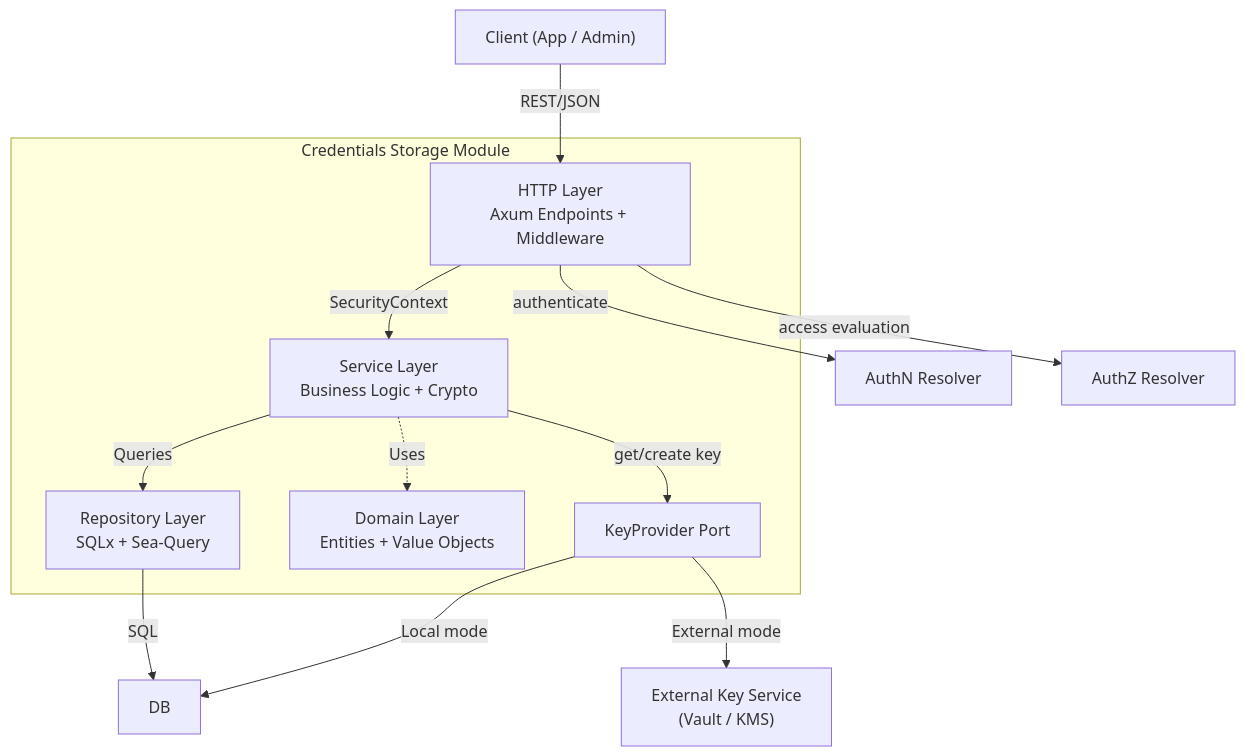
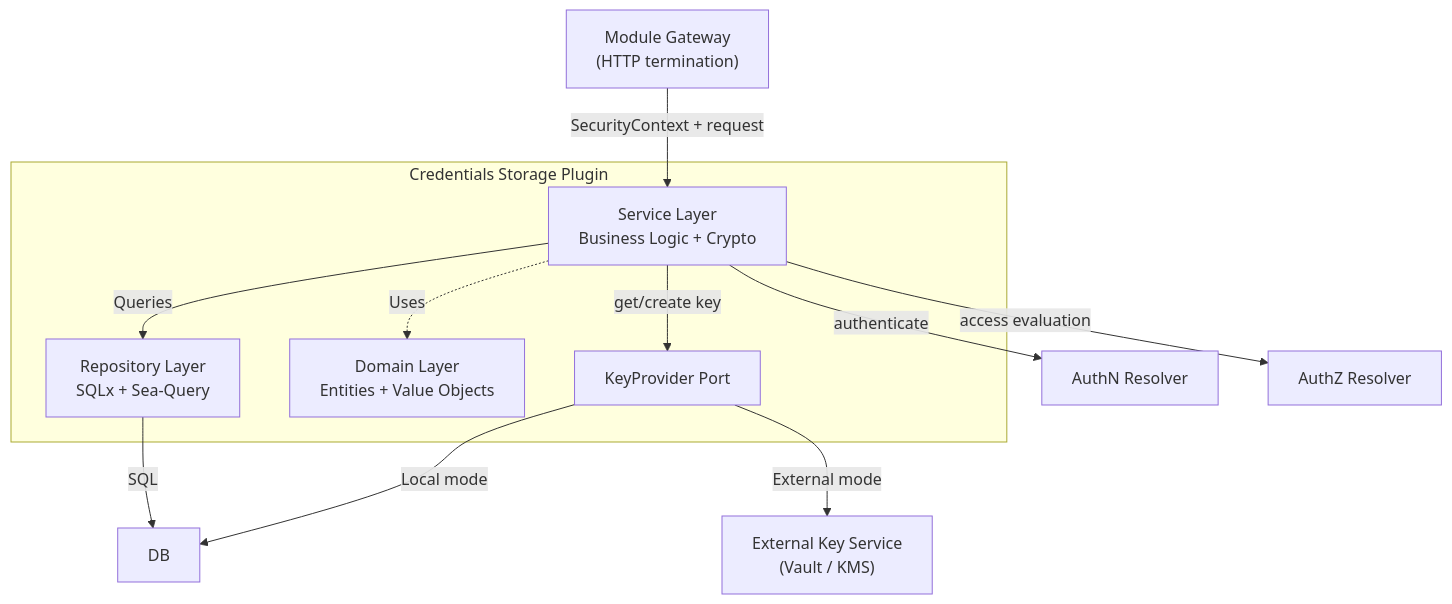
The first of 3 diagrams in modules/credstore/plugins/credentials-storage/DESIGN.md (nullhypothesic/cyberfabric-core), drawn with Mermaid before and after one commit. The commit also changed other lines of this file and 2 other files, not shown here.

````diff
--- a/modules/credstore/plugins/credentials-storage/DESIGN.md
+++ b/modules/credstore/plugins/credentials-storage/DESIGN.md
@@ -74,28 +74,26 @@
 ```mermaid
 graph TB
-    Client["Client (App / Admin)"]
+    GW["Module Gateway<br/>(HTTP termination)"]
 
-    subgraph "Credentials Storage Module"
-        HTTP["HTTP Layer<br/>Axum Endpoints + Middleware"]
+    subgraph "Credentials Storage Plugin"
         SVC["Service Layer<br/>Business Logic + Crypto"]
         REPO["Repository Layer<br/>SQLx + Sea-Query"]
         DOM["Domain Layer<br/>Entities + Value Objects"]
         KP["KeyProvider Port"]
     end
 
     DB["DB"]
     AUTHN["AuthN Resolver"]
     AUTHZ["AuthZ Resolver"]
     EXT_KMS["External Key Service<br/>(Vault / KMS)"]
 
-    Client -->|"REST/JSON"| HTTP
-    HTTP -->|"SecurityContext"| SVC
+    GW -->|"SecurityContext + request"| SVC
     SVC -->|"Queries"| REPO
     SVC -->|"get/create key"| KP
     SVC -.->|"Uses"| DOM
     REPO -->|"SQL"| DB
     KP -->|"Local mode"| DB
     KP -->|"External mode"| EXT_KMS
-    HTTP -->|"authenticate"| AUTHN
-    HTTP -->|"access evaluation"| AUTHZ
+    SVC -->|"authenticate"| AUTHN
+    SVC -->|"access evaluation"| AUTHZ
 ```
````
